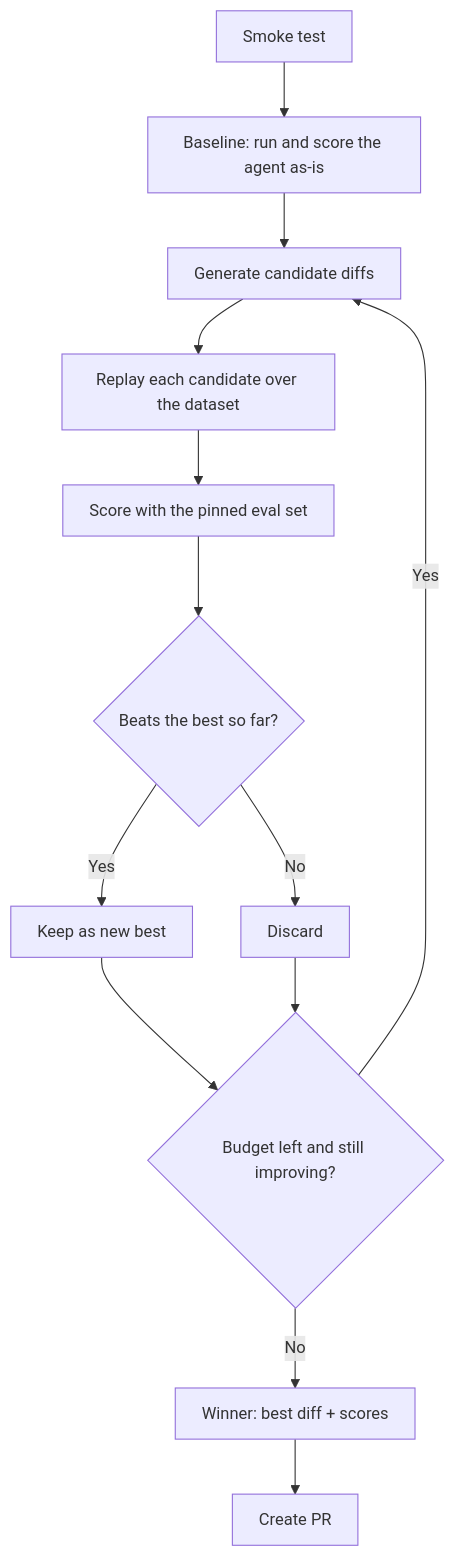
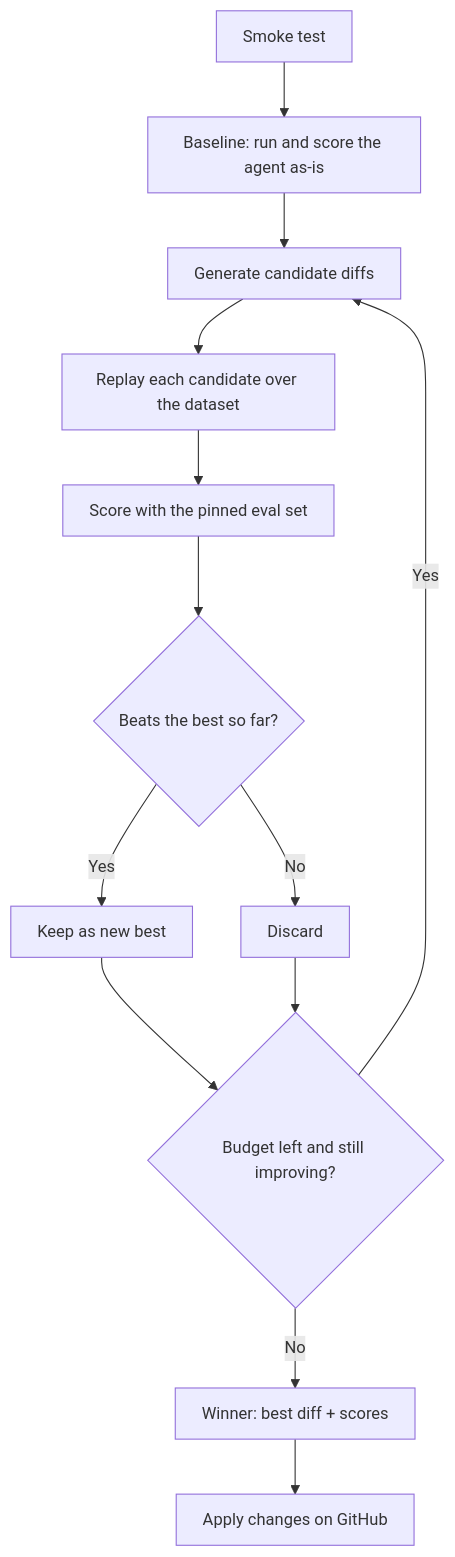
Before and after one commit to overmind-core/docs: the diagram in agent-testing/optimisers.mdx, drawn with Mermaid. The commit also changed other lines of this file and 10 other files, not shown here.

````diff
--- a/agent-testing/optimisers.mdx
+++ b/agent-testing/optimisers.mdx
@@ -37,16 +37,16 @@
 ```mermaid
 %%{init: {"flowchart": {"nodeSpacing": 44, "rankSpacing": 50, "padding": 12, "curve": "basis"}, "themeVariables": {"fontSize": "15px", "fontFamily": "PP Neue Montreal, system-ui, sans-serif"}}}%%
 flowchart TD
     S[Smoke test] --> B[Baseline: run and score the agent as-is]
     B --> G[Generate candidate diffs]
     G --> R[Replay each candidate over the dataset]
     R --> SC[Score with the pinned eval set]
     SC --> D{Beats the best so far?}
     D -->|Yes| K[Keep as new best]
     D -->|No| X[Discard]
     K --> P{Budget left and still improving?}
     X --> P
     P -->|Yes| G
     P -->|No| W[Winner: best diff + scores]
-    W --> PR[Create PR]
+    W --> PR[Apply changes on GitHub]
 ```
````
